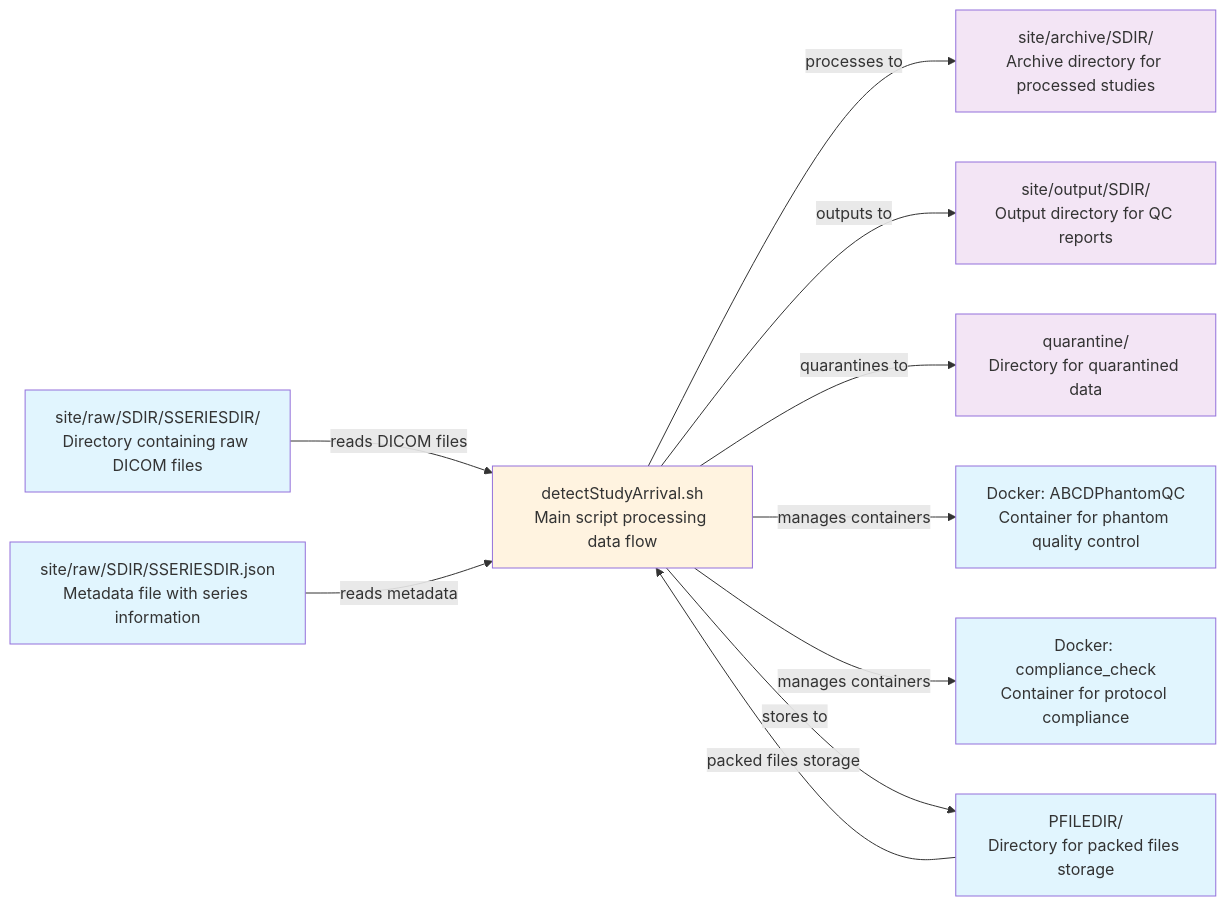
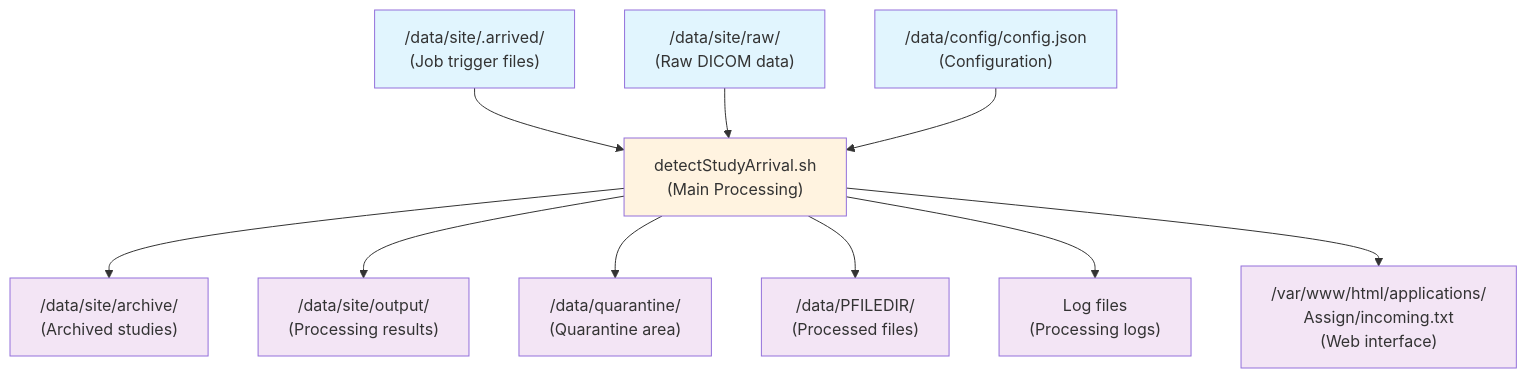
Before and after one commit to mmiv-center/FionaDocs: the second of 2 diagrams in docs/source/Architecture/scripts/detectStudyArrival.rst, drawn with Mermaid. The commit also changed other lines of this file and 150 other files, not shown here.

```diff
--- a/docs/source/Architecture/scripts/detectStudyArrival.rst
+++ b/docs/source/Architecture/scripts/detectStudyArrival.rst
@@ -101,22 +34,22 @@
 .. mermaid::
 
-   flowchart LR
-   A["site/raw/SDIR/SSERIESDIR/<br/>Directory containing raw DICOM files"] -->|"reads DICOM files"| B["detectStudyArrival.sh<br/>Main script processing data flow"]
-   C["site/raw/SDIR/SSERIESDIR.json<br/>Metadata file with series information"] -->|"reads metadata"| B
-   B -->|"processes to"| D["site/archive/SDIR/<br/>Archive directory for processed studies"]
-   B -->|"outputs to"| E["site/output/SDIR/<br/>Output directory for QC reports"]
-   B -->|"quarantines to"| F["quarantine/<br/>Directory for quarantined data"]
-   B -->|"manages containers"| G["Docker: ABCDPhantomQC<br/>Container for phantom quality control"]
-   B -->|"manages containers"| H["Docker: compliance_check<br/>Container for protocol compliance"]
-   I["PFILEDIR/<br/>Directory for packed files storage"] -->|"packed files storage"| B
-   B -->|"stores to"| I
-
-   %% Styling
-   classDef inputFile fill:#e1f5fe
-   classDef outputFile fill:#f3e5f5
-   classDef mainScript fill:#fff3e0
-
-   class A,C,I inputFile
-   class D,E,F outputFile
-   class B mainScript
-   class G,H inputFile
+   flowchart TD
+    A["/data/site/.arrived/<br>(Job trigger files)"] --> B["detectStudyArrival.sh<br>(Main Processing)"]
+    C["/data/site/raw/<br>(Raw DICOM data)"] --> B
+    D["/data/config/config.json<br>(Configuration)"] --> B
+    
+    B --> E["/data/site/archive/<br>(Archived studies)"]
+    B --> F["/data/site/output/<br>(Processing results)"]
+    B --> G["/data/quarantine/<br>(Quarantine area)"]
+    B --> H["/data/PFILEDIR/<br>(Processed files)"]
+    B --> I["Log files<br>(Processing logs)"]
+    B --> J["/var/www/html/applications/<br>Assign/incoming.txt<br>(Web interface)"]
+    
+    %% Styling
+    classDef inputFile fill:#e1f5fe
+    classDef outputFile fill:#f3e5f5
+    classDef mainScript fill:#fff3e0
+    
+    class A,C,D inputFile
+    class B mainScript
+    class E,F,G,H,I,J outputFile
```
